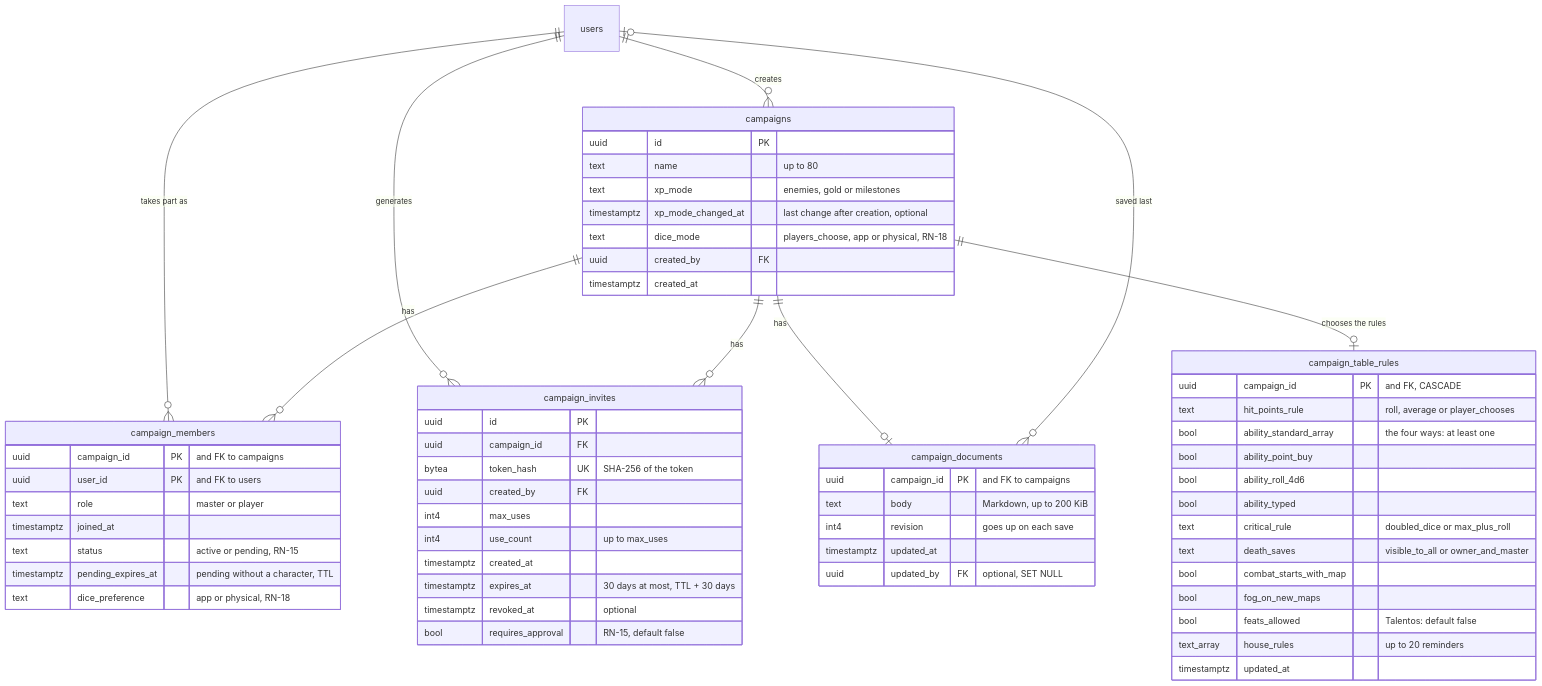
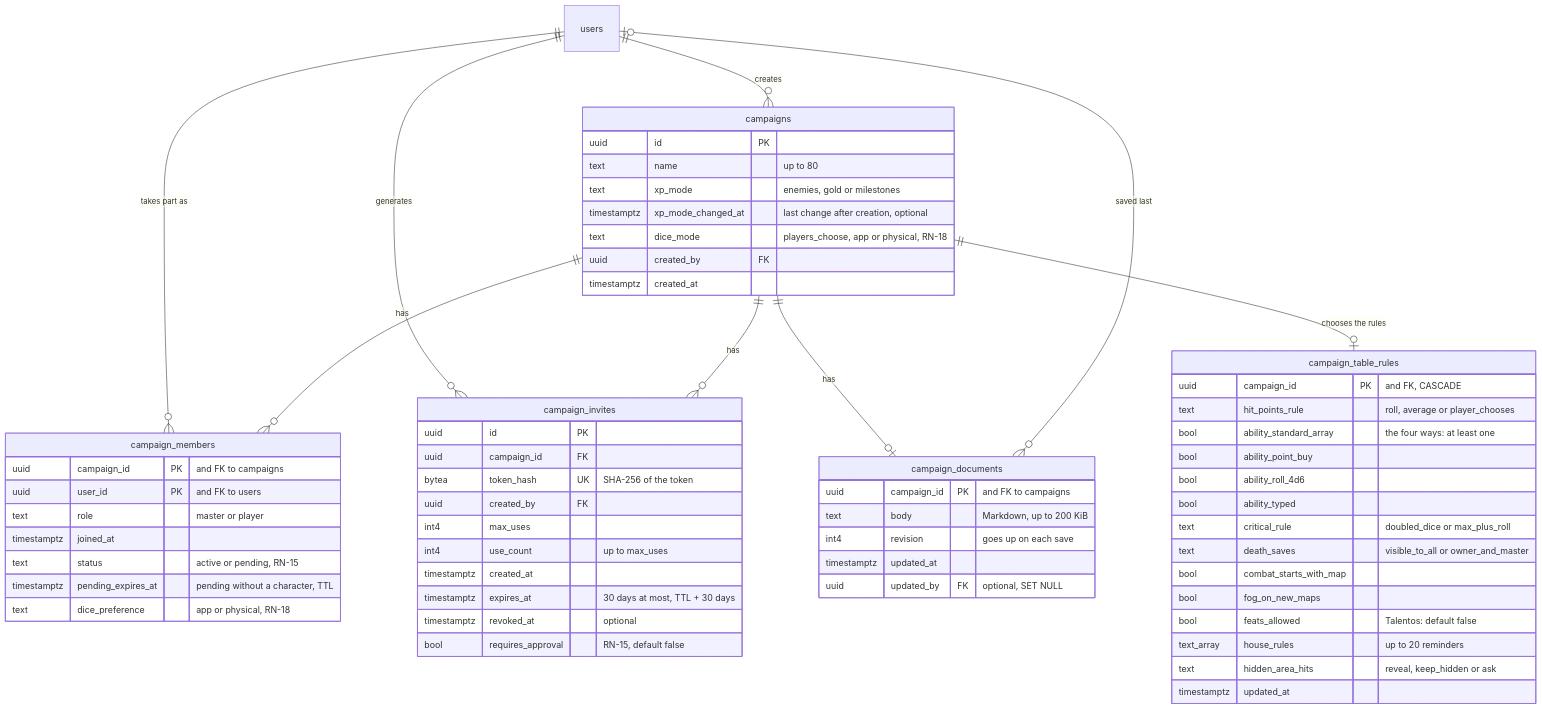
Before and after one commit to PuraFome/meuRPG: the third of 7 diagrams in docs/data.md, drawn with Mermaid. The commit also changed other lines of this file and 123 other files, not shown here.

First line of the commit message:
feat(combat): area spells from their point of origin and hidden creatures in the area (#279)

````diff
--- a/docs/data.md
+++ b/docs/data.md
@@ -185,68 +185,69 @@
 ```mermaid
 erDiagram
     campaigns {
         uuid id PK
         text name "up to 80"
         text xp_mode "enemies, gold or milestones"
         timestamptz xp_mode_changed_at "last change after creation, optional"
         text dice_mode "players_choose, app or physical, RN-18"
         uuid created_by FK
         timestamptz created_at
     }
 
     campaign_members {
         uuid campaign_id PK "and FK to campaigns"
         uuid user_id PK "and FK to users"
         text role "master or player"
         timestamptz joined_at
         text status "active or pending, RN-15"
         timestamptz pending_expires_at "pending without a character, TTL"
         text dice_preference "app or physical, RN-18"
     }
 
     campaign_invites {
         uuid id PK
         uuid campaign_id FK
         bytea token_hash UK "SHA-256 of the token"
         uuid created_by FK
         int4 max_uses
         int4 use_count "up to max_uses"
         timestamptz created_at
         timestamptz expires_at "30 days at most, TTL + 30 days"
         timestamptz revoked_at "optional"
         bool requires_approval "RN-15, default false"
     }
 
     campaign_documents {
         uuid campaign_id PK "and FK to campaigns"
         text body "Markdown, up to 200 KiB"
         int4 revision "goes up on each save"
         timestamptz updated_at
         uuid updated_by FK "optional, SET NULL"
     }
 
     campaign_table_rules {
         uuid campaign_id PK "and FK, CASCADE"
         text hit_points_rule "roll, average or player_chooses"
         bool ability_standard_array "the four ways: at least one"
         bool ability_point_buy
         bool ability_roll_4d6
         bool ability_typed
         text critical_rule "doubled_dice or max_plus_roll"
         text death_saves "visible_to_all or owner_and_master"
         bool combat_starts_with_map
         bool fog_on_new_maps
         bool feats_allowed "Talentos: default false"
         text_array house_rules "up to 20 reminders"
+        text hidden_area_hits "reveal, keep_hidden or ask"
         timestamptz updated_at
     }
 
     users ||--o{ campaigns : "creates"
     users ||--o{ campaign_members : "takes part as"
     users ||--o{ campaign_invites : "generates"
     campaigns ||--o{ campaign_members : "has"
     campaigns ||--o{ campaign_invites : "has"
     campaigns ||--o| campaign_documents : "has"
     users |o--o{ campaign_documents : "saved last"
     campaigns ||--o| campaign_table_rules : "chooses the rules"
 ```
````
